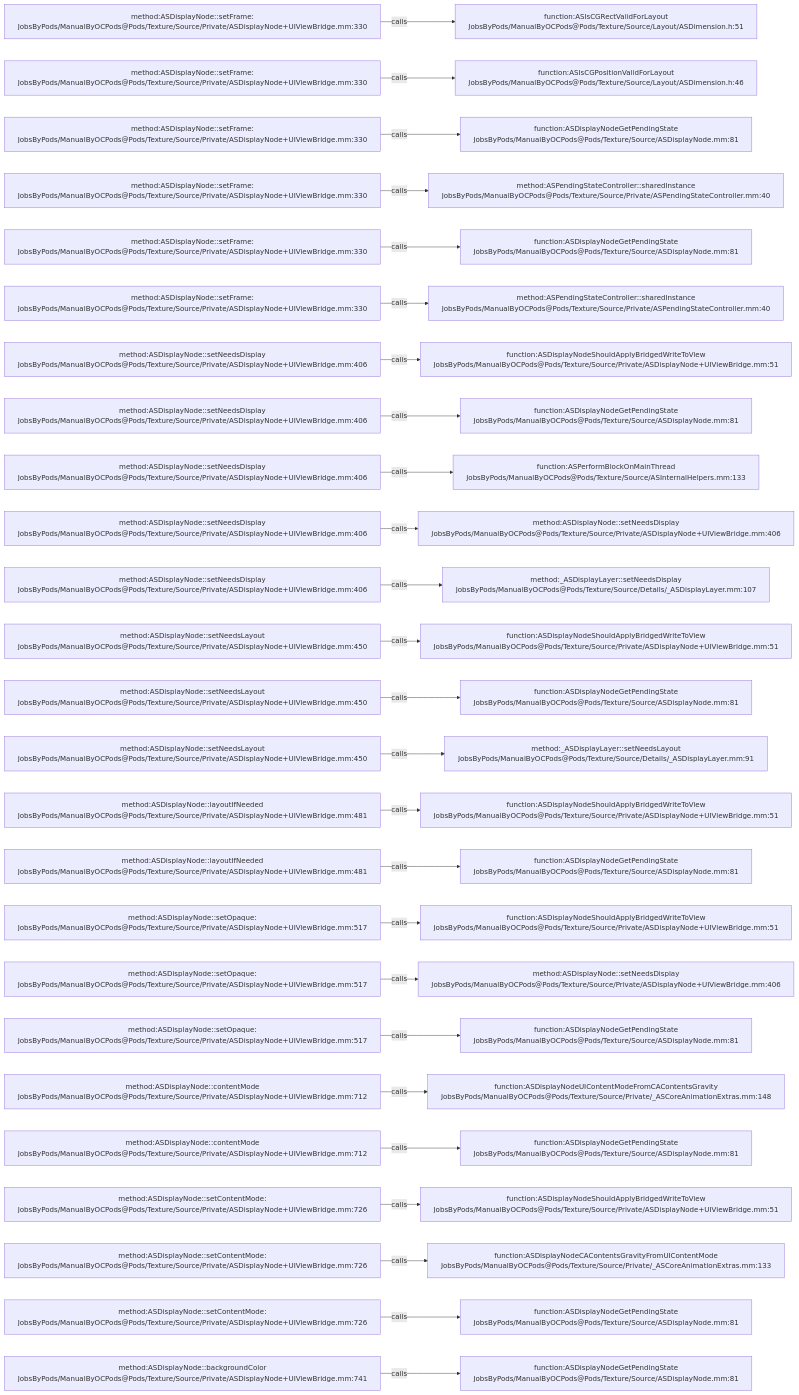
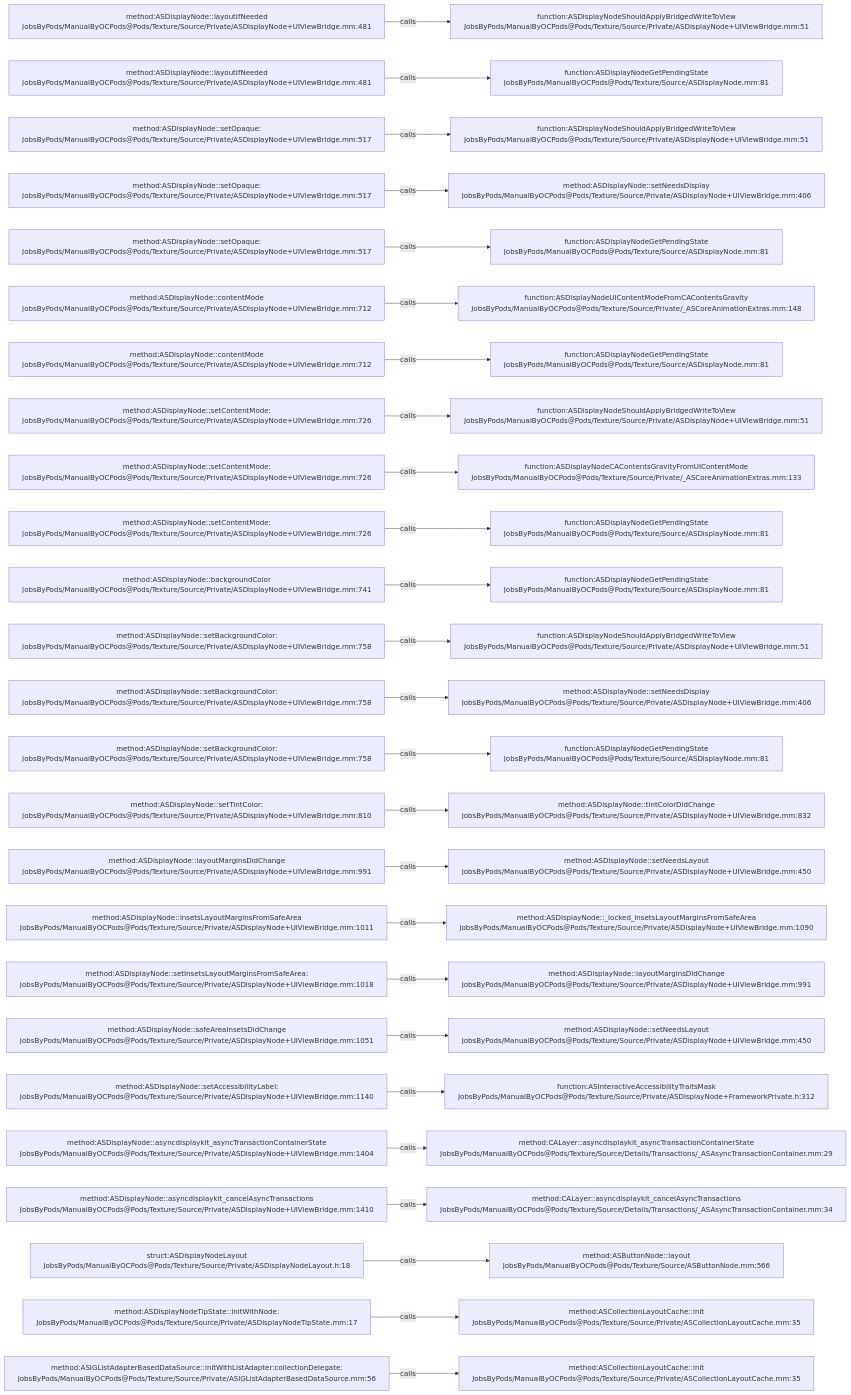
Before and after one commit to JobsKits/JobsOCBaseConfigDemo: the diagram in .codegraph/codegraph.md/graphs/calls-190.md, drawn with Mermaid. The commit also changed 296 other files, not shown here.

````diff
--- a/.codegraph/codegraph.md/graphs/calls-190.md
+++ b/.codegraph/codegraph.md/graphs/calls-190.md
@@ -13,78 +13,78 @@
 ```mermaid
 flowchart LR
-  S1["method:ASDisplayNode::setFrame:<br/>JobsByPods/ManualByOCPods@Pods/Texture/Source/Private/ASDisplayNode+UIViewBridge.mm:330"]
-  T1["function:ASIsCGRectValidForLayout<br/>JobsByPods/ManualByOCPods@Pods/Texture/Source/Layout/ASDimension.h:51"]
+  S1["method:ASDisplayNode::layoutIfNeeded<br/>JobsByPods/ManualByOCPods@Pods/Texture/Source/Private/ASDisplayNode+UIViewBridge.mm:481"]
+  T1["function:ASDisplayNodeShouldApplyBridgedWriteToView<br/>JobsByPods/ManualByOCPods@Pods/Texture/Source/Private/ASDisplayNode+UIViewBridge.mm:51"]
   S1 -->|calls| T1
-  S2["method:ASDisplayNode::setFrame:<br/>JobsByPods/ManualByOCPods@Pods/Texture/Source/Private/ASDisplayNode+UIViewBridge.mm:330"]
-  T2["function:ASIsCGPositionValidForLayout<br/>JobsByPods/ManualByOCPods@Pods/Texture/Source/Layout/ASDimension.h:46"]
+  S2["method:ASDisplayNode::layoutIfNeeded<br/>JobsByPods/ManualByOCPods@Pods/Texture/Source/Private/ASDisplayNode+UIViewBridge.mm:481"]
+  T2["function:ASDisplayNodeGetPendingState<br/>JobsByPods/ManualByOCPods@Pods/Texture/Source/ASDisplayNode.mm:81"]
   S2 -->|calls| T2
-  S3["method:ASDisplayNode::setFrame:<br/>JobsByPods/ManualByOCPods@Pods/Texture/Source/Private/ASDisplayNode+UIViewBridge.mm:330"]
-  T3["function:ASDisplayNodeGetPendingState<br/>JobsByPods/ManualByOCPods@Pods/Texture/Source/ASDisplayNode.mm:81"]
+  S3["method:ASDisplayNode::setOpaque:<br/>JobsByPods/ManualByOCPods@Pods/Texture/Source/Private/ASDisplayNode+UIViewBridge.mm:517"]
+  T3["function:ASDisplayNodeShouldApplyBridgedWriteToView<br/>JobsByPods/ManualByOCPods@Pods/Texture/Source/Private/ASDisplayNode+UIViewBridge.mm:51"]
   S3 -->|calls| T3
-  S4["method:ASDisplayNode::setFrame:<br/>JobsByPods/ManualByOCPods@Pods/Texture/Source/Private/ASDisplayNode+UIViewBridge.mm:330"]
-  T4["method:ASPendingStateController::sharedInstance<br/>JobsByPods/ManualByOCPods@Pods/Texture/Source/Private/ASPendingStateController.mm:40"]
+  S4["method:ASDisplayNode::setOpaque:<br/>JobsByPods/ManualByOCPods@Pods/Texture/Source/Private/ASDisplayNode+UIViewBridge.mm:517"]
+  T4["method:ASDisplayNode::setNeedsDisplay<br/>JobsByPods/ManualByOCPods@Pods/Texture/Source/Private/ASDisplayNode+UIViewBridge.mm:406"]
   S4 -->|calls| T4
-  S5["method:ASDisplayNode::setFrame:<br/>JobsByPods/ManualByOCPods@Pods/Texture/Source/Private/ASDisplayNode+UIViewBridge.mm:330"]
+  S5["method:ASDisplayNode::setOpaque:<br/>JobsByPods/ManualByOCPods@Pods/Texture/Source/Private/ASDisplayNode+UIViewBridge.mm:517"]
   T5["function:ASDisplayNodeGetPendingState<br/>JobsByPods/ManualByOCPods@Pods/Texture/Source/ASDisplayNode.mm:81"]
   S5 -->|calls| T5
-  S6["method:ASDisplayNode::setFrame:<br/>JobsByPods/ManualByOCPods@Pods/Texture/Source/Private/ASDisplayNode+UIViewBridge.mm:330"]
-  T6["method:ASPendingStateController::sharedInstance<br/>JobsByPods/ManualByOCPods@Pods/Texture/Source/Private/ASPendingStateController.mm:40"]
+  S6["method:ASDisplayNode::contentMode<br/>JobsByPods/ManualByOCPods@Pods/Texture/Source/Private/ASDisplayNode+UIViewBridge.mm:712"]
+  T6["function:ASDisplayNodeUIContentModeFromCAContentsGravity<br/>JobsByPods/ManualByOCPods@Pods/Texture/Source/Private/_ASCoreAnimationExtras.mm:148"]
   S6 -->|calls| T6
-  S7["method:ASDisplayNode::setNeedsDisplay<br/>JobsByPods/ManualByOCPods@Pods/Texture/Source/Private/ASDisplayNode+UIViewBridge.mm:406"]
-  T7["function:ASDisplayNodeShouldApplyBridgedWriteToView<br/>JobsByPods/ManualByOCPods@Pods/Texture/Source/Private/ASDisplayNode+UIViewBridge.mm:51"]
+  S7["method:ASDisplayNode::contentMode<br/>JobsByPods/ManualByOCPods@Pods/Texture/Source/Private/ASDisplayNode+UIViewBridge.mm:712"]
+  T7["function:ASDisplayNodeGetPendingState<br/>JobsByPods/ManualByOCPods@Pods/Texture/Source/ASDisplayNode.mm:81"]
   S7 -->|calls| T7
-  S8["method:ASDisplayNode::setNeedsDisplay<br/>JobsByPods/ManualByOCPods@Pods/Texture/Source/Private/ASDisplayNode+UIViewBridge.mm:406"]
-  T8["function:ASDisplayNodeGetPendingState<br/>JobsByPods/ManualByOCPods@Pods/Texture/Source/ASDisplayNode.mm:81"]
+  S8["method:ASDisplayNode::setContentMode:<br/>JobsByPods/ManualByOCPods@Pods/Texture/Source/Private/ASDisplayNode+UIViewBridge.mm:726"]
+  T8["function:ASDisplayNodeShouldApplyBridgedWriteToView<br/>JobsByPods/ManualByOCPods@Pods/Texture/Source/Private/ASDisplayNode+UIViewBridge.mm:51"]
   S8 -->|calls| T8
-  S9["method:ASDisplayNode::setNeedsDisplay<br/>JobsByPods/ManualByOCPods@Pods/Texture/Source/Private/ASDisplayNode+UIViewBridge.mm:406"]
-  T9["function:ASPerformBlockOnMainThread<br/>JobsByPods/ManualByOCPods@Pods/Texture/Source/ASInternalHelpers.mm:133"]
+  S9["method:ASDisplayNode::setContentMode:<br/>JobsByPods/ManualByOCPods@Pods/Texture/Source/Private/ASDisplayNode+UIViewBridge.mm:726"]
+  T9["function:ASDisplayNodeCAContentsGravityFromUIContentMode<br/>JobsByPods/ManualByOCPods@Pods/Texture/Source/Private/_ASCoreAnimationExtras.mm:133"]
   S9 -->|calls| T9
-  S10["method:ASDisplayNode::setNeedsDisplay<br/>JobsByPods/ManualByOCPods@Pods/Texture/Source/Private/ASDisplayNode+UIViewBridge.mm:406"]
-  T10["method:ASDisplayNode::setNeedsDisplay<br/>JobsByPods/ManualByOCPods@Pods/Texture/Source/Private/ASDisplayNode+UIViewBridge.mm:406"]
+  S10["method:ASDisplayNode::setContentMode:<br/>JobsByPods/ManualByOCPods@Pods/Texture/Source/Private/ASDisplayNode+UIViewBridge.mm:726"]
+  T10["function:ASDisplayNodeGetPendingState<br/>JobsByPods/ManualByOCPods@Pods/Texture/Source/ASDisplayNode.mm:81"]
   S10 -->|calls| T10
-  S11["method:ASDisplayNode::setNeedsDisplay<br/>JobsByPods/ManualByOCPods@Pods/Texture/Source/Private/ASDisplayNode+UIViewBridge.mm:406"]
-  T11["method:_ASDisplayLayer::setNeedsDisplay<br/>JobsByPods/ManualByOCPods@Pods/Texture/Source/Details/_ASDisplayLayer.mm:107"]
+  S11["method:ASDisplayNode::backgroundColor<br/>JobsByPods/ManualByOCPods@Pods/Texture/Source/Private/ASDisplayNode+UIViewBridge.mm:741"]
+  T11["function:ASDisplayNodeGetPendingState<br/>JobsByPods/ManualByOCPods@Pods/Texture/Source/ASDisplayNode.mm:81"]
   S11 -->|calls| T11
-  S12["method:ASDisplayNode::setNeedsLayout<br/>JobsByPods/ManualByOCPods@Pods/Texture/Source/Private/ASDisplayNode+UIViewBridge.mm:450"]
+  S12["method:ASDisplayNode::setBackgroundColor:<br/>JobsByPods/ManualByOCPods@Pods/Texture/Source/Private/ASDisplayNode+UIViewBridge.mm:758"]
   T12["function:ASDisplayNodeShouldApplyBridgedWriteToView<br/>JobsByPods/ManualByOCPods@Pods/Texture/Source/Private/ASDisplayNode+UIViewBridge.mm:51"]
   S12 -->|calls| T12
-  S13["method:ASDisplayNode::setNeedsLayout<br/>JobsByPods/ManualByOCPods@Pods/Texture/Source/Private/ASDisplayNode+UIViewBridge.mm:450"]
-  T13["function:ASDisplayNodeGetPendingState<br/>JobsByPods/ManualByOCPods@Pods/Texture/Source/ASDisplayNode.mm:81"]
+  S13["method:ASDisplayNode::setBackgroundColor:<br/>JobsByPods/ManualByOCPods@Pods/Texture/Source/Private/ASDisplayNode+UIViewBridge.mm:758"]
+  T13["method:ASDisplayNode::setNeedsDisplay<br/>JobsByPods/ManualByOCPods@Pods/Texture/Source/Private/ASDisplayNode+UIViewBridge.mm:406"]
   S13 -->|calls| T13
-  S14["method:ASDisplayNode::setNeedsLayout<br/>JobsByPods/ManualByOCPods@Pods/Texture/Source/Private/ASDisplayNode+UIViewBridge.mm:450"]
-  T14["method:_ASDisplayLayer::setNeedsLayout<br/>JobsByPods/ManualByOCPods@Pods/Texture/Source/Details/_ASDisplayLayer.mm:91"]
+  S14["method:ASDisplayNode::setBackgroundColor:<br/>JobsByPods/ManualByOCPods@Pods/Texture/Source/Private/ASDisplayNode+UIViewBridge.mm:758"]
+  T14["function:ASDisplayNodeGetPendingState<br/>JobsByPods/ManualByOCPods@Pods/Texture/Source/ASDisplayNode.mm:81"]
   S14 -->|calls| T14
-  S15["method:ASDisplayNode::layoutIfNeeded<br/>JobsByPods/ManualByOCPods@Pods/Texture/Source/Private/ASDisplayNode+UIViewBridge.mm:481"]
-  T15["function:ASDisplayNodeShouldApplyBridgedWriteToView<br/>JobsByPods/ManualByOCPods@Pods/Texture/Source/Private/ASDisplayNode+UIViewBridge.mm:51"]
+  S15["method:ASDisplayNode::setTintColor:<br/>JobsByPods/ManualByOCPods@Pods/Texture/Source/Private/ASDisplayNode+UIViewBridge.mm:810"]
+  T15["method:ASDisplayNode::tintColorDidChange<br/>JobsByPods/ManualByOCPods@Pods/Texture/Source/Private/ASDisplayNode+UIViewBridge.mm:832"]
   S15 -->|calls| T15
-  S16["method:ASDisplayNode::layoutIfNeeded<br/>JobsByPods/ManualByOCPods@Pods/Texture/Source/Private/ASDisplayNode+UIViewBridge.mm:481"]
-  T16["function:ASDisplayNodeGetPendingState<br/>JobsByPods/ManualByOCPods@Pods/Texture/Source/ASDisplayNode.mm:81"]
+  S16["method:ASDisplayNode::layoutMarginsDidChange<br/>JobsByPods/ManualByOCPods@Pods/Texture/Source/Private/ASDisplayNode+UIViewBridge.mm:991"]
+  T16["method:ASDisplayNode::setNeedsLayout<br/>JobsByPods/ManualByOCPods@Pods/Texture/Source/Private/ASDisplayNode+UIViewBridge.mm:450"]
   S16 -->|calls| T16
-  S17["method:ASDisplayNode::setOpaque:<br/>JobsByPods/ManualByOCPods@Pods/Texture/Source/Private/ASDisplayNode+UIViewBridge.mm:517"]
-  T17["function:ASDisplayNodeShouldApplyBridgedWriteToView<br/>JobsByPods/ManualByOCPods@Pods/Texture/Source/Private/ASDisplayNode+UIViewBridge.mm:51"]
+  S17["method:ASDisplayNode::insetsLayoutMarginsFromSafeArea<br/>JobsByPods/ManualByOCPods@Pods/Texture/Source/Private/ASDisplayNode+UIViewBridge.mm:1011"]
+  T17["method:ASDisplayNode::_locked_insetsLayoutMarginsFromSafeArea<br/>JobsByPods/ManualByOCPods@Pods/Texture/Source/Private/ASDisplayNode+UIViewBridge.mm:1090"]
   S17 -->|calls| T17
-  S18["method:ASDisplayNode::setOpaque:<br/>JobsByPods/ManualByOCPods@Pods/Texture/Source/Private/ASDisplayNode+UIViewBridge.mm:517"]
-  T18["method:ASDisplayNode::setNeedsDisplay<br/>JobsByPods/ManualByOCPods@Pods/Texture/Source/Private/ASDisplayNode+UIViewBridge.mm:406"]
+  S18["method:ASDisplayNode::setInsetsLayoutMarginsFromSafeArea:<br/>JobsByPods/ManualByOCPods@Pods/Texture/Source/Private/ASDisplayNode+UIViewBridge.mm:1018"]
+  T18["method:ASDisplayNode::layoutMarginsDidChange<br/>JobsByPods/ManualByOCPods@Pods/Texture/Source/Private/ASDisplayNode+UIViewBridge.mm:991"]
   S18 -->|calls| T18
-  S19["method:ASDisplayNode::setOpaque:<br/>JobsByPods/ManualByOCPods@Pods/Texture/Source/Private/ASDisplayNode+UIViewBridge.mm:517"]
-  T19["function:ASDisplayNodeGetPendingState<br/>JobsByPods/ManualByOCPods@Pods/Texture/Source/ASDisplayNode.mm:81"]
+  S19["method:ASDisplayNode::safeAreaInsetsDidChange<br/>JobsByPods/ManualByOCPods@Pods/Texture/Source/Private/ASDisplayNode+UIViewBridge.mm:1051"]
+  T19["method:ASDisplayNode::setNeedsLayout<br/>JobsByPods/ManualByOCPods@Pods/Texture/Source/Private/ASDisplayNode+UIViewBridge.mm:450"]
   S19 -->|calls| T19
-  S20["method:ASDisplayNode::contentMode<br/>JobsByPods/ManualByOCPods@Pods/Texture/Source/Private/ASDisplayNode+UIViewBridge.mm:712"]
-  T20["function:ASDisplayNodeUIContentModeFromCAContentsGravity<br/>JobsByPods/ManualByOCPods@Pods/Texture/Source/Private/_ASCoreAnimationExtras.mm:148"]
+  S20["method:ASDisplayNode::setAccessibilityLabel:<br/>JobsByPods/ManualByOCPods@Pods/Texture/Source/Private/ASDisplayNode+UIViewBridge.mm:1140"]
+  T20["function:ASInteractiveAccessibilityTraitsMask<br/>JobsByPods/ManualByOCPods@Pods/Texture/Source/Private/ASDisplayNode+FrameworkPrivate.h:312"]
   S20 -->|calls| T20
-  S21["method:ASDisplayNode::contentMode<br/>JobsByPods/ManualByOCPods@Pods/Texture/Source/Private/ASDisplayNode+UIViewBridge.mm:712"]
-  T21["function:ASDisplayNodeGetPendingState<br/>JobsByPods/ManualByOCPods@Pods/Texture/Source/ASDisplayNode.mm:81"]
+  S21["method:ASDisplayNode::asyncdisplaykit_asyncTransactionContainerState<br/>JobsByPods/ManualByOCPods@Pods/Texture/Source/Private/ASDisplayNode+UIViewBridge.mm:1404"]
+  T21["method:CALayer::asyncdisplaykit_asyncTransactionContainerState<br/>JobsByPods/ManualByOCPods@Pods/Texture/Source/Details/Transactions/_ASAsyncTransactionContainer.mm:29"]
   S21 -->|calls| T21
-  S22["method:ASDisplayNode::setContentMode:<br/>JobsByPods/ManualByOCPods@Pods/Texture/Source/Private/ASDisplayNode+UIViewBridge.mm:726"]
-  T22["function:ASDisplayNodeShouldApplyBridgedWriteToView<br/>JobsByPods/ManualByOCPods@Pods/Texture/Source/Private/ASDisplayNode+UIViewBridge.mm:51"]
+  S22["method:ASDisplayNode::asyncdisplaykit_cancelAsyncTransactions<br/>JobsByPods/ManualByOCPods@Pods/Texture/Source/Private/ASDisplayNode+UIViewBridge.mm:1410"]
+  T22["method:CALayer::asyncdisplaykit_cancelAsyncTransactions<br/>JobsByPods/ManualByOCPods@Pods/Texture/Source/Details/Transactions/_ASAsyncTransactionContainer.mm:34"]
   S22 -->|calls| T22
-  S23["method:ASDisplayNode::setContentMode:<br/>JobsByPods/ManualByOCPods@Pods/Texture/Source/Private/ASDisplayNode+UIViewBridge.mm:726"]
-  T23["function:ASDisplayNodeCAContentsGravityFromUIContentMode<br/>JobsByPods/ManualByOCPods@Pods/Texture/Source/Private/_ASCoreAnimationExtras.mm:133"]
+  S23["struct:ASDisplayNodeLayout<br/>JobsByPods/ManualByOCPods@Pods/Texture/Source/Private/ASDisplayNodeLayout.h:18"]
+  T23["method:ASButtonNode::layout<br/>JobsByPods/ManualByOCPods@Pods/Texture/Source/ASButtonNode.mm:566"]
   S23 -->|calls| T23
-  S24["method:ASDisplayNode::setContentMode:<br/>JobsByPods/ManualByOCPods@Pods/Texture/Source/Private/ASDisplayNode+UIViewBridge.mm:726"]
-  T24["function:ASDisplayNodeGetPendingState<br/>JobsByPods/ManualByOCPods@Pods/Texture/Source/ASDisplayNode.mm:81"]
+  S24["method:ASDisplayNodeTipState::initWithNode:<br/>JobsByPods/ManualByOCPods@Pods/Texture/Source/Private/ASDisplayNodeTipState.mm:17"]
+  T24["method:ASCollectionLayoutCache::init<br/>JobsByPods/ManualByOCPods@Pods/Texture/Source/Private/ASCollectionLayoutCache.mm:35"]
   S24 -->|calls| T24
-  S25["method:ASDisplayNode::backgroundColor<br/>JobsByPods/ManualByOCPods@Pods/Texture/Source/Private/ASDisplayNode+UIViewBridge.mm:741"]
-  T25["function:ASDisplayNodeGetPendingState<br/>JobsByPods/ManualByOCPods@Pods/Texture/Source/ASDisplayNode.mm:81"]
+  S25["method:ASIGListAdapterBasedDataSource::initWithListAdapter:collectionDelegate:<br/>JobsByPods/ManualByOCPods@Pods/Texture/Source/Private/ASIGListAdapterBasedDataSource.mm:56"]
+  T25["method:ASCollectionLayoutCache::init<br/>JobsByPods/ManualByOCPods@Pods/Texture/Source/Private/ASCollectionLayoutCache.mm:35"]
   S25 -->|calls| T25
 ```
````
